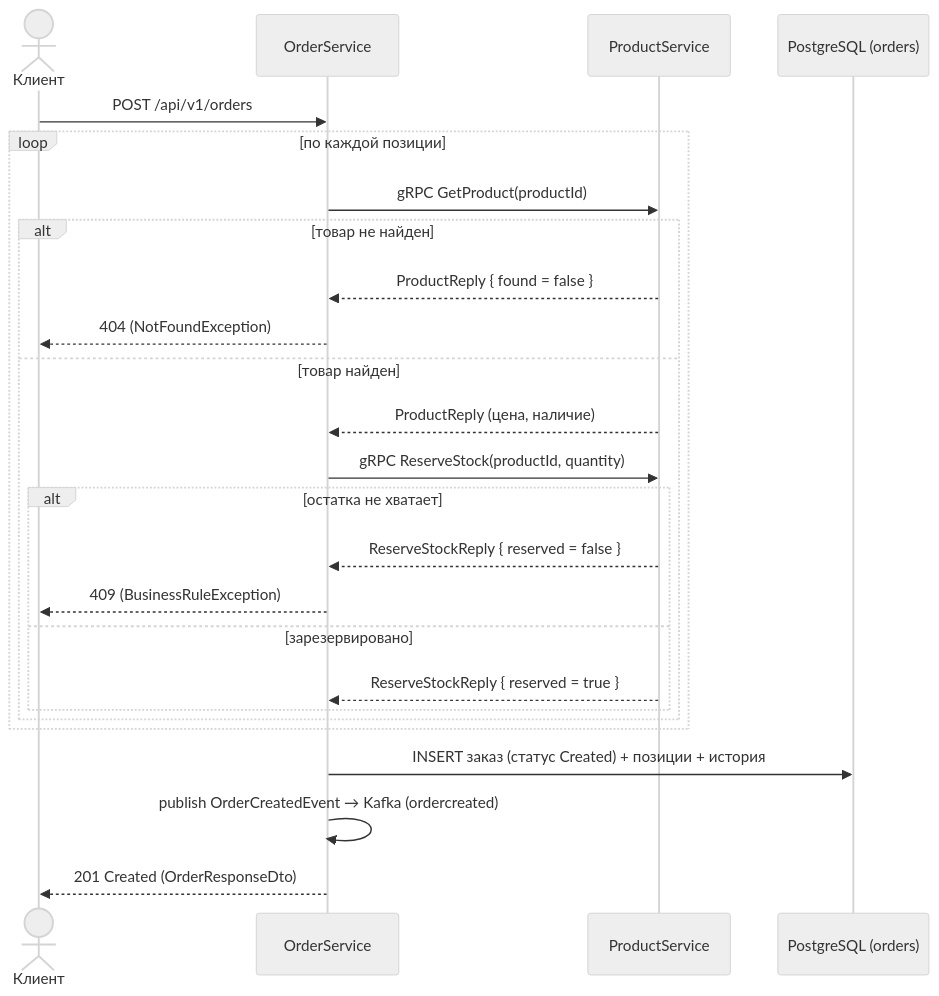
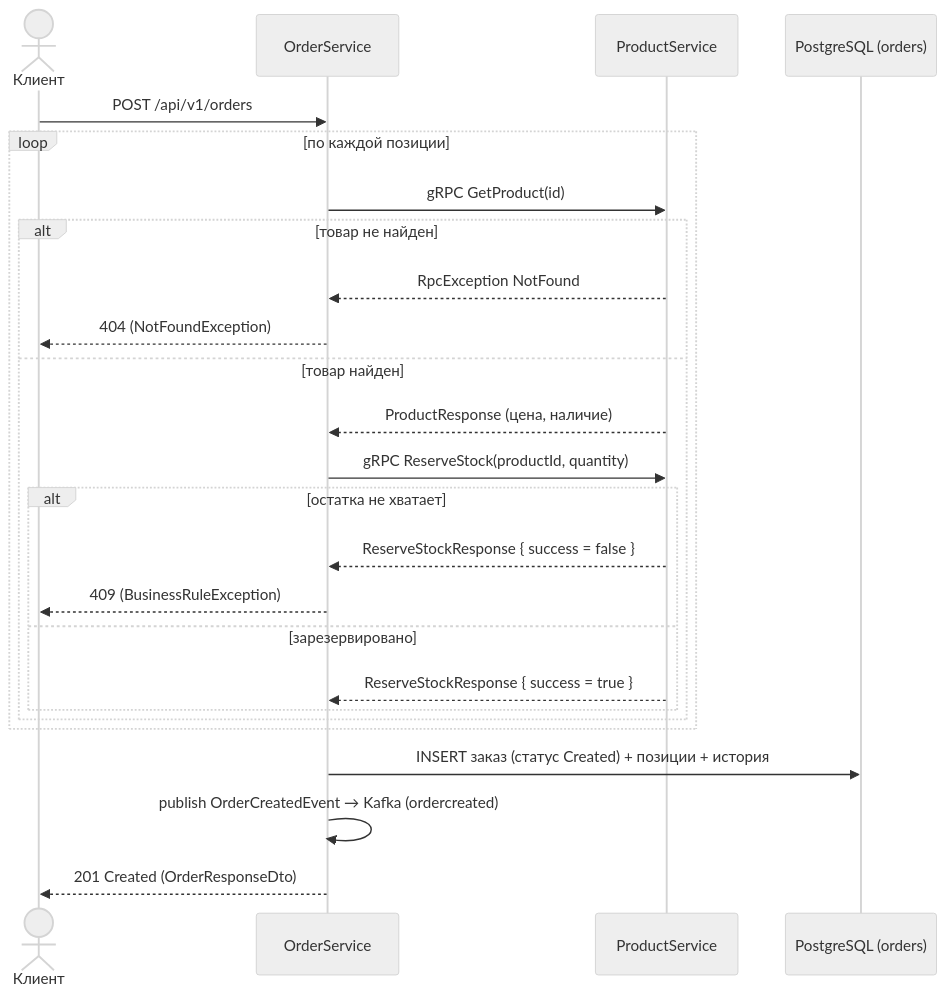
The second of 4 diagrams in README.md (weykko/order-service), drawn with Mermaid (neutral theme) before and after one commit. The commit also changed other lines of this file, not shown here.

````diff
--- a/README.md
+++ b/README.md
@@ -155,28 +165,28 @@
 ```mermaid
 sequenceDiagram
     actor Client as Клиент
     participant OS as OrderService
     participant PS as ProductService
     participant DB as PostgreSQL (orders)
 
     Client->>OS: POST /api/v1/orders
     loop по каждой позиции
-        OS->>PS: gRPC GetProduct(productId)
+        OS->>PS: gRPC GetProduct(id)
         alt товар не найден
-            PS-->>OS: ProductReply { found = false }
+            PS-->>OS: RpcException NotFound
             OS-->>Client: 404 (NotFoundException)
         else товар найден
-            PS-->>OS: ProductReply (цена, наличие)
+            PS-->>OS: ProductResponse (цена, наличие)
             OS->>PS: gRPC ReserveStock(productId, quantity)
             alt остатка не хватает
-                PS-->>OS: ReserveStockReply { reserved = false }
+                PS-->>OS: ReserveStockResponse { success = false }
                 OS-->>Client: 409 (BusinessRuleException)
             else зарезервировано
-                PS-->>OS: ReserveStockReply { reserved = true }
+                PS-->>OS: ReserveStockResponse { success = true }
             end
         end
     end
     OS->>DB: INSERT заказ (статус Created) + позиции + история
     OS->>OS: publish OrderCreatedEvent → Kafka (ordercreated)
     OS-->>Client: 201 Created (OrderResponseDto)
 ```
````
